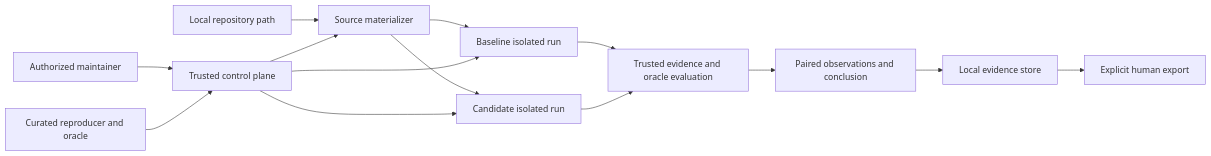
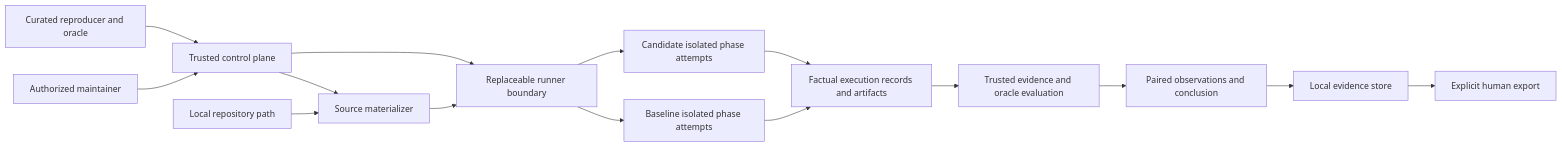
One commit to gabedalmolin/abaris-security changed the diagram in THREAT_MODEL.md. Above: the diagram before and after it, drawn with Mermaid. The commit also changed other lines of this file and 6 other files, not shown here.

Commit message:
docs: define runner boundary

````diff
--- a/THREAT_MODEL.md
+++ b/THREAT_MODEL.md
@@ -42,16 +42,17 @@
 ```mermaid
 flowchart LR
   O["Authorized maintainer"] --> C["Trusted control plane"]
   L["Local repository path"] --> M["Source materializer"]
   X["Curated reproducer and oracle"] --> C
   C --> M
-  M --> B["Baseline isolated run"]
-  M --> D["Candidate isolated run"]
-  C --> B
-  C --> D
-  B --> E["Trusted evidence and oracle evaluation"]
+  C --> U["Replaceable runner boundary"]
+  M --> U
+  U --> B["Baseline isolated phase attempts"]
+  U --> D["Candidate isolated phase attempts"]
+  B --> E["Factual execution records and artifacts"]
   D --> E
-  E --> R["Paired observations and conclusion"]
+  E --> T["Trusted evidence and oracle evaluation"]
+  T --> R["Paired observations and conclusion"]
   R --> A["Local evidence store"]
   A --> P["Explicit human export"]
 ```
````
